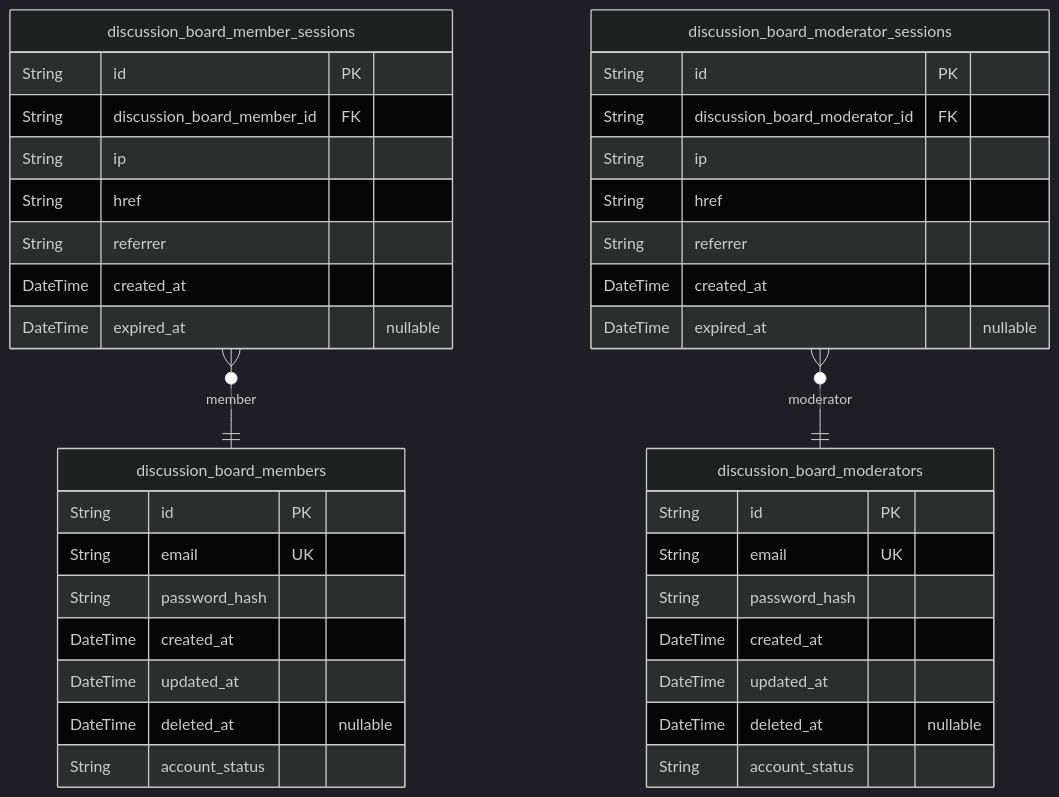
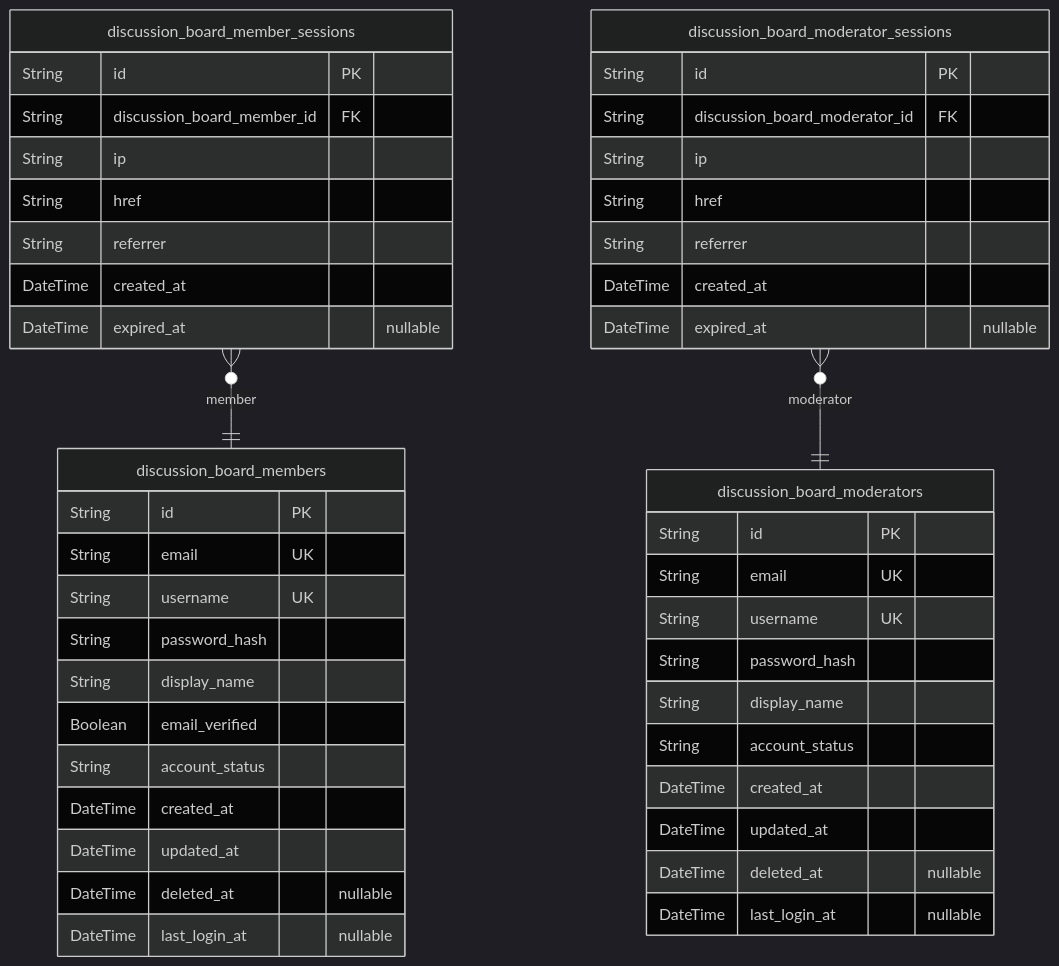
Before and after one commit to wrtnlabs/autobe-examples: the second of 7 diagrams in anthropic/claude-haiku-4.5/bbs/docs/ERD.md, drawn with Mermaid (dark theme). The commit also changed other lines of this file and 22498 other files, not shown here.

````diff
--- a/anthropic/claude-haiku-4.5/bbs/docs/ERD.md
+++ b/anthropic/claude-haiku-4.5/bbs/docs/ERD.md
@@ -74,41 +212,48 @@
 ```mermaid
 erDiagram
 "discussion_board_members" {
   String id PK
   String email UK
+  String username UK
   String password_hash
+  String display_name
+  Boolean email_verified
+  String account_status
   DateTime created_at
   DateTime updated_at
   DateTime deleted_at "nullable"
-  String account_status
+  DateTime last_login_at "nullable"
 }
 "discussion_board_member_sessions" {
   String id PK
   String discussion_board_member_id FK
   String ip
   String href
   String referrer
   DateTime created_at
   DateTime expired_at "nullable"
 }
 "discussion_board_moderators" {
   String id PK
   String email UK
+  String username UK
   String password_hash
+  String display_name
+  String account_status
   DateTime created_at
   DateTime updated_at
   DateTime deleted_at "nullable"
-  String account_status
+  DateTime last_login_at "nullable"
 }
 "discussion_board_moderator_sessions" {
   String id PK
   String discussion_board_moderator_id FK
   String ip
   String href
   String referrer
   DateTime created_at
   DateTime expired_at "nullable"
 }
 "discussion_board_member_sessions" }o--|| "discussion_board_members" : member
 "discussion_board_moderator_sessions" }o--|| "discussion_board_moderators" : moderator
 ```
````
